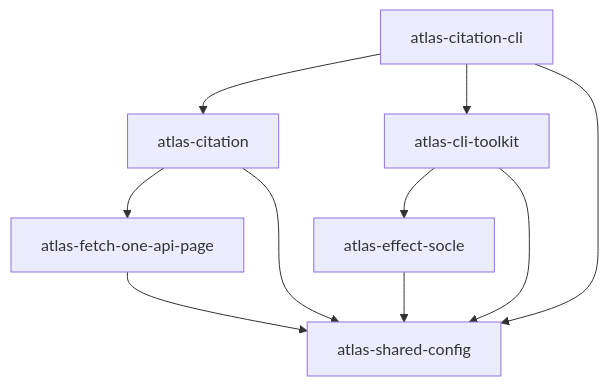
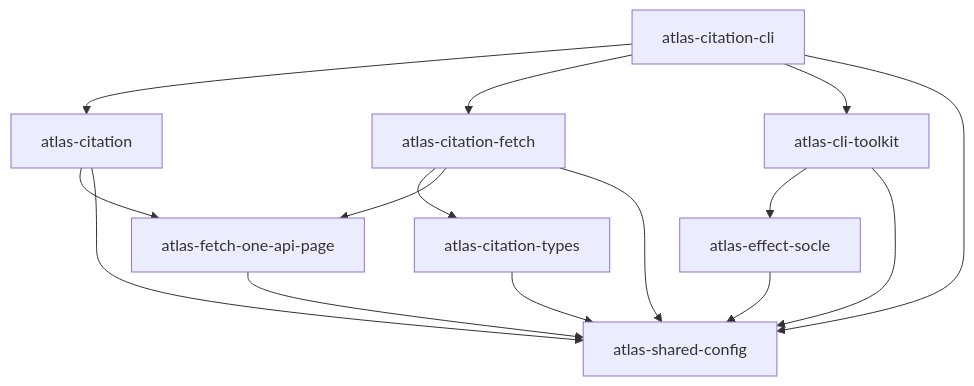
Before and after one commit to univ-lehavre/atlas: the eighth of 20 diagrams in docs/src/content/docs/architecture/packages.md, drawn with Mermaid. The commit also changed other lines of this file and 26 other files, not shown here.

````diff
--- a/docs/src/content/docs/architecture/packages.md
+++ b/docs/src/content/docs/architecture/packages.md
@@ -413,18 +413,25 @@
 ```mermaid
 flowchart TD
   _univ_lehavre_atlas_citation["atlas-citation"]
   _univ_lehavre_atlas_citation_cli["atlas-citation-cli"]
+  _univ_lehavre_atlas_citation_fetch["atlas-citation-fetch"]
+  _univ_lehavre_atlas_citation_types["atlas-citation-types"]
   _univ_lehavre_atlas_cli_toolkit["atlas-cli-toolkit"]
   _univ_lehavre_atlas_effect_socle["atlas-effect-socle"]
   _univ_lehavre_atlas_fetch_one_api_page["atlas-fetch-one-api-page"]
   _univ_lehavre_atlas_shared_config["atlas-shared-config"]
   _univ_lehavre_atlas_citation --> _univ_lehavre_atlas_fetch_one_api_page
   _univ_lehavre_atlas_citation --> _univ_lehavre_atlas_shared_config
   _univ_lehavre_atlas_citation_cli --> _univ_lehavre_atlas_citation
+  _univ_lehavre_atlas_citation_cli --> _univ_lehavre_atlas_citation_fetch
   _univ_lehavre_atlas_citation_cli --> _univ_lehavre_atlas_cli_toolkit
   _univ_lehavre_atlas_citation_cli --> _univ_lehavre_atlas_shared_config
+  _univ_lehavre_atlas_citation_fetch --> _univ_lehavre_atlas_citation_types
+  _univ_lehavre_atlas_citation_fetch --> _univ_lehavre_atlas_fetch_one_api_page
+  _univ_lehavre_atlas_citation_fetch --> _univ_lehavre_atlas_shared_config
+  _univ_lehavre_atlas_citation_types --> _univ_lehavre_atlas_shared_config
   _univ_lehavre_atlas_cli_toolkit --> _univ_lehavre_atlas_effect_socle
   _univ_lehavre_atlas_cli_toolkit --> _univ_lehavre_atlas_shared_config
   _univ_lehavre_atlas_effect_socle --> _univ_lehavre_atlas_shared_config
   _univ_lehavre_atlas_fetch_one_api_page --> _univ_lehavre_atlas_shared_config
 ```
````
